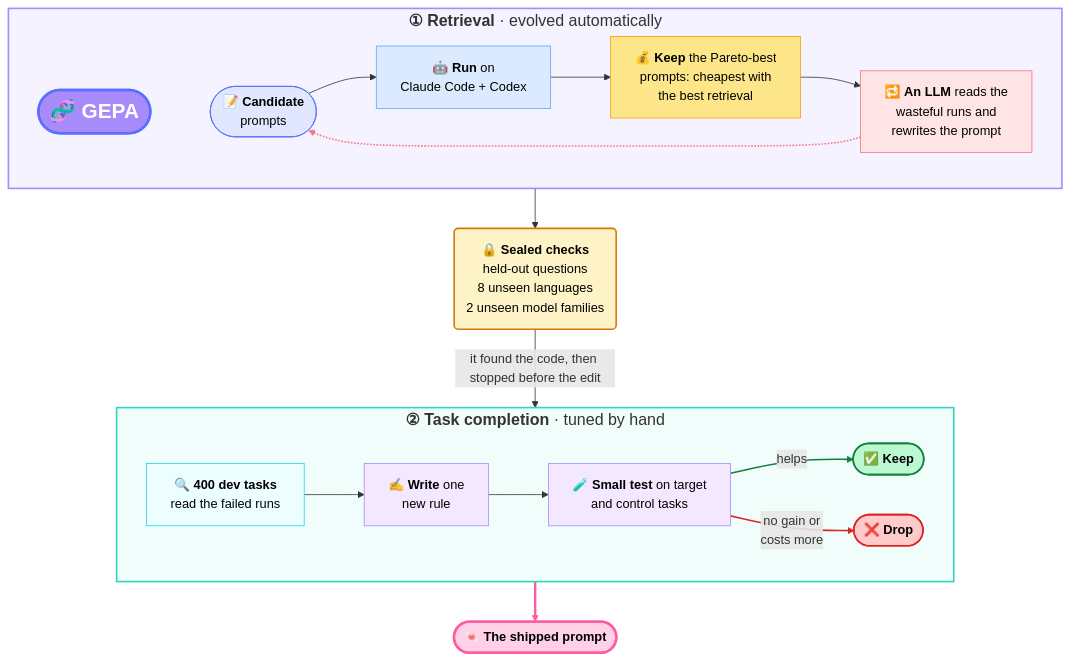
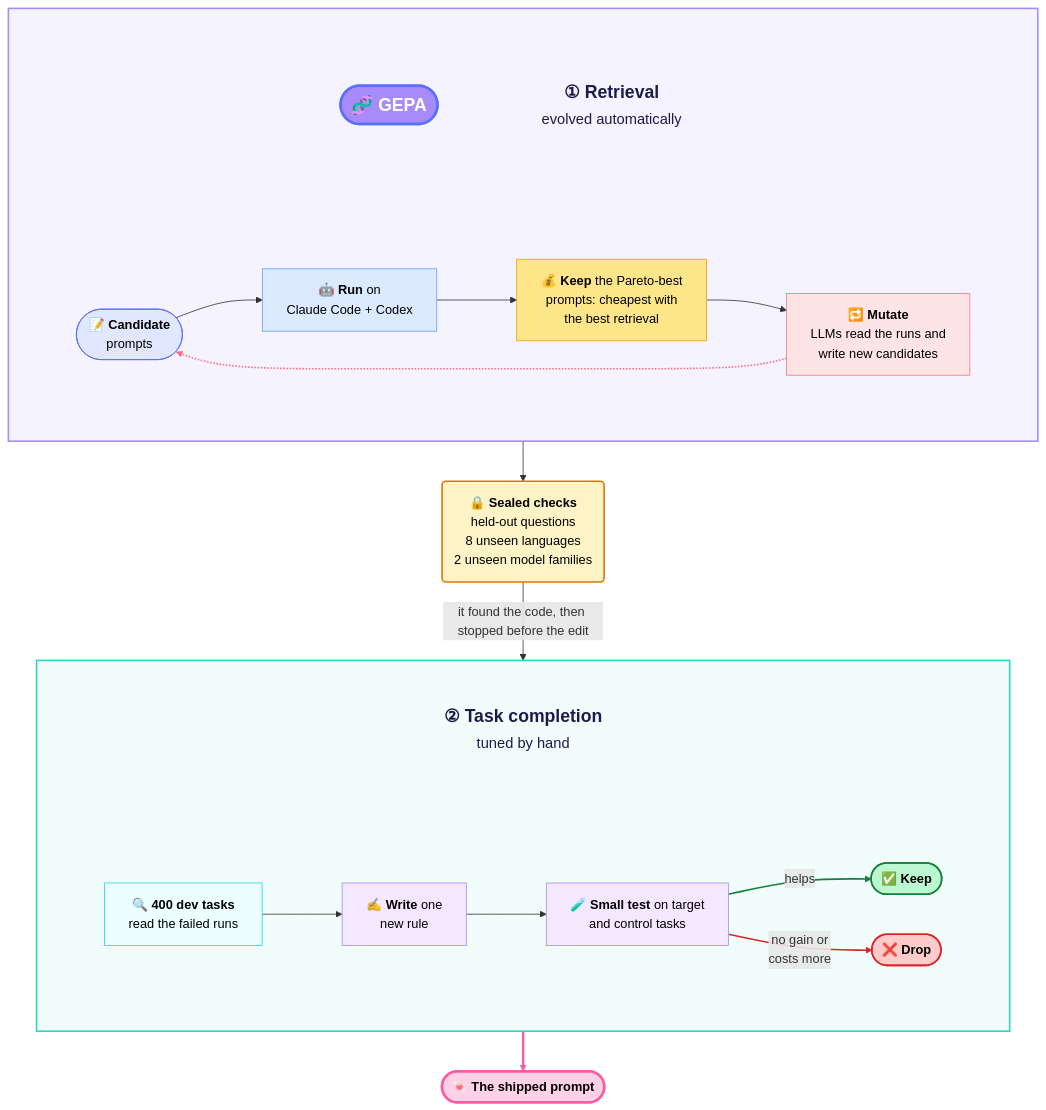
The second of 2 diagrams in README.md (mrsladoje/sweet-search), drawn with Mermaid before and after one commit.

Commit message:
readme: large dark step titles via title nodes, GEPA in title row, mutate step
GitHub ignores font size and colour on subgraph titles, so each step
title is now a transparent node with its own size and colour. The GEPA
badge moves into the step 1 title row. The LLM step reads Mutate: LLMs
read the runs and write new candidates. Label wrapping raised to 400px.

````diff
--- a/README.md
+++ b/README.md
@@ -884,53 +884,71 @@
 ```mermaid
+%%{init: {"flowchart": {"wrappingWidth": 400}}}%%
 flowchart TB
-    subgraph S1["<span style='font-size:20px'><b>① Retrieval</b> · evolved automatically</span>"]
-        direction LR
-        GEPA(["🧬 <b>GEPA</b>"]) ~~~ A
-        A(["📝 <b>Candidate</b><br/>prompts"]) --> B["🤖 <b>Run</b> on<br/>Claude Code + Codex"]
-        B --> C["💰 <b>Keep</b> the Pareto-best<br/>prompts: cheapest with<br/>the best retrieval"]
-        C --> D["🔁 <b>An LLM</b> reads the<br/>wasteful runs and<br/>rewrites the prompt"]
-        D -.-> A
+    subgraph S1[" "]
+        direction TB
+        subgraph H1[" "]
+            direction LR
+            GEPA(["🧬 <b>GEPA</b>"]) ~~~ T1["<b>① Retrieval</b><br/><small>evolved automatically</small>"]
+        end
+        subgraph L1[" "]
+            direction LR
+            A(["📝 <b>Candidate</b><br/>prompts"]) --> B["🤖 <b>Run</b> on<br/>Claude Code + Codex"]
+            B --> C["💰 <b>Keep</b> the Pareto-best<br/>prompts: cheapest with<br/>the best retrieval"]
+            C --> D["🔁 <b>Mutate</b><br/>LLMs read the runs and<br/>write new candidates"]
+            D -.-> A
+        end
+        H1 ~~~ L1
     end
     S1 --> V("🔒 <b>Sealed checks</b><br/>held-out questions<br/>8 unseen languages<br/>2 unseen model families")
     V -->|"it found the code, then stopped before the edit"| S2
-    subgraph S2["<span style='font-size:20px'><b>② Task completion</b> · tuned by hand</span>"]
-        direction LR
-        E["🔍 <b>400 dev tasks</b><br/>read the failed runs"] --> F["✍️ <b>Write</b> one<br/>new rule"]
-        F --> G["🧪 <b>Small test</b> on target<br/>and control tasks"]
-        G -->|"helps"| H(["✅ <b>Keep</b>"])
-        G -->|"no gain or<br/>costs more"| I(["❌ <b>Drop</b>"])
+    subgraph S2[" "]
+        direction TB
+        T2["<b>② Task completion</b><br/><small>tuned by hand</small>"]
+        subgraph L2[" "]
+            direction LR
+            E["🔍 <b>400 dev tasks</b><br/>read the failed runs"] --> F["✍️ <b>Write</b> one<br/>new rule"]
+            F --> G["🧪 <b>Small test</b> on target<br/>and control tasks"]
+            G -->|"helps"| H(["✅ <b>Keep</b>"])
+            G -->|"no gain or<br/>costs more"| I(["❌ <b>Drop</b>"])
+        end
+        T2 ~~~ L2
     end
     S2 ==> P(["🍬 <b>The shipped prompt</b>"])
 
+    classDef title fill:none,stroke:none,color:#1e1b4b,font-size:22px;
+    classDef gepa  fill:#a78bfa,stroke:#596fff,color:#fff,stroke-width:3px,font-size:22px;
     classDef cand  fill:#e0e7ff,stroke:#596fff,color:#000;
     classDef run   fill:#dbeafe,stroke:#60a5fa,color:#000;
     classDef score fill:#fde68a,stroke:#f59e0b,color:#000;
     classDef llm   fill:#ffe4e6,stroke:#fb7185,color:#000;
     classDef seal  fill:#fef3c7,stroke:#d97706,color:#000,stroke-width:2px;
     classDef dig   fill:#ecfeff,stroke:#22d3ee,color:#000;
     classDef rule  fill:#f3e8ff,stroke:#a78bfa,color:#000;
     classDef keep  fill:#bbf7d0,stroke:#15803d,color:#000,stroke-width:2px;
     classDef drop  fill:#fecaca,stroke:#dc2626,color:#000,stroke-width:2px;
-    classDef gepa  fill:#a78bfa,stroke:#596fff,color:#fff,stroke-width:3px,font-size:26px;
     classDef ship  fill:#ffd1e6,stroke:#ff5ba3,color:#000,stroke-width:3px;
 
+    class T1,T2 title;
+    class GEPA gepa;
     class A cand;
     class B run;
     class C score;
     class D llm;
     class V seal;
     class E dig;
     class F,G rule;
     class H keep;
     class I drop;
     class P ship;
-    class GEPA gepa;
 
-    style S1 fill:#f5f3ff,stroke:#a78bfa,stroke-width:2px,color:#000;
-    style S2 fill:#f0fdfa,stroke:#2dd4bf,stroke-width:2px,color:#000;
+    style S1 fill:#f5f3ff,stroke:#a78bfa,stroke-width:2px;
+    style S2 fill:#f0fdfa,stroke:#2dd4bf,stroke-width:2px;
+    style H1 fill:none,stroke:none;
+    style L1 fill:none,stroke:none;
+    style L2 fill:none,stroke:none;
 
     linkStyle 4 stroke:#fb7185,stroke-width:2px;
-    linkStyle 9 stroke:#15803d,stroke-width:2px;
-    linkStyle 10 stroke:#dc2626,stroke-width:2px;
-    linkStyle 11 stroke:#ff5ba3,stroke-width:3px;
+    linkStyle 10 stroke:#15803d,stroke-width:2px;
+    linkStyle 11 stroke:#dc2626,stroke-width:2px;
+    linkStyle 13 stroke:#ff5ba3,stroke-width:3px;
 ```
````
